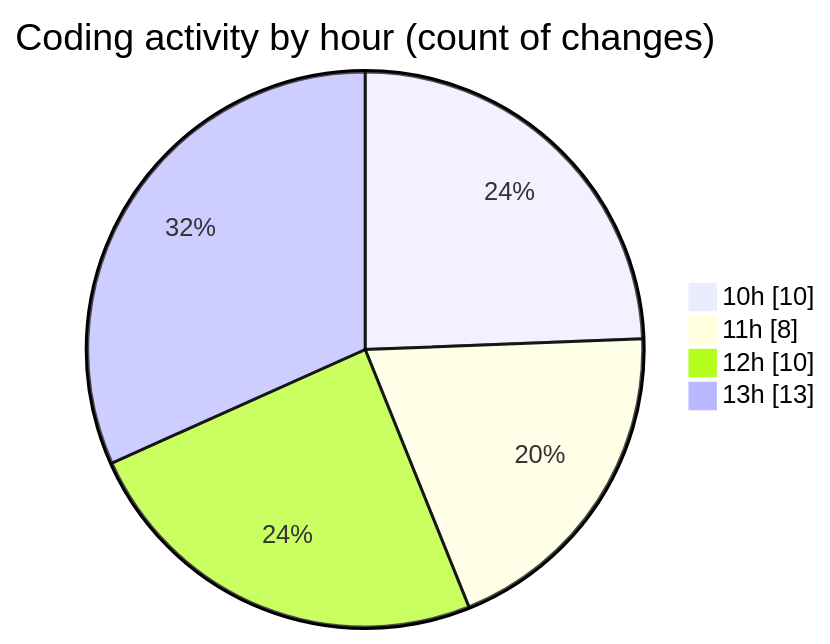
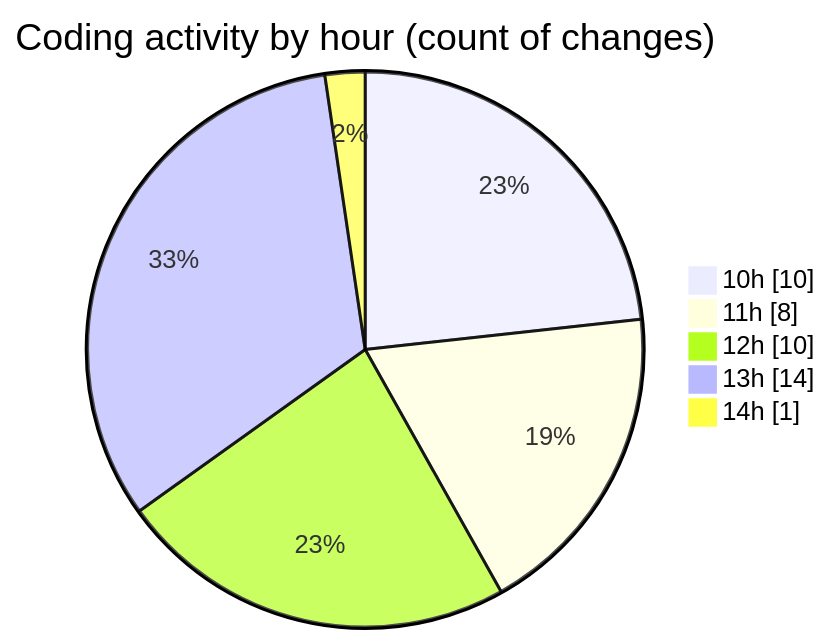
The second of 2 diagrams in 2025-07-29/nxtqube_webapp/README.md (nxtqubesakshisongat/code-tracking), drawn with Mermaid before and after one commit. The commit also changed other lines of this file and 1 other file, not shown here.

````diff
--- a/2025-07-29/nxtqube_webapp/README.md
+++ b/2025-07-29/nxtqube_webapp/README.md
@@ -36,8 +36,9 @@
 ```mermaid
 pie showData
 title Coding activity by hour (count of changes)
 "10h" : 10
 "11h" : 8
 "12h" : 10
-"13h" : 13
+"13h" : 14
+"14h" : 1
 ```
````
